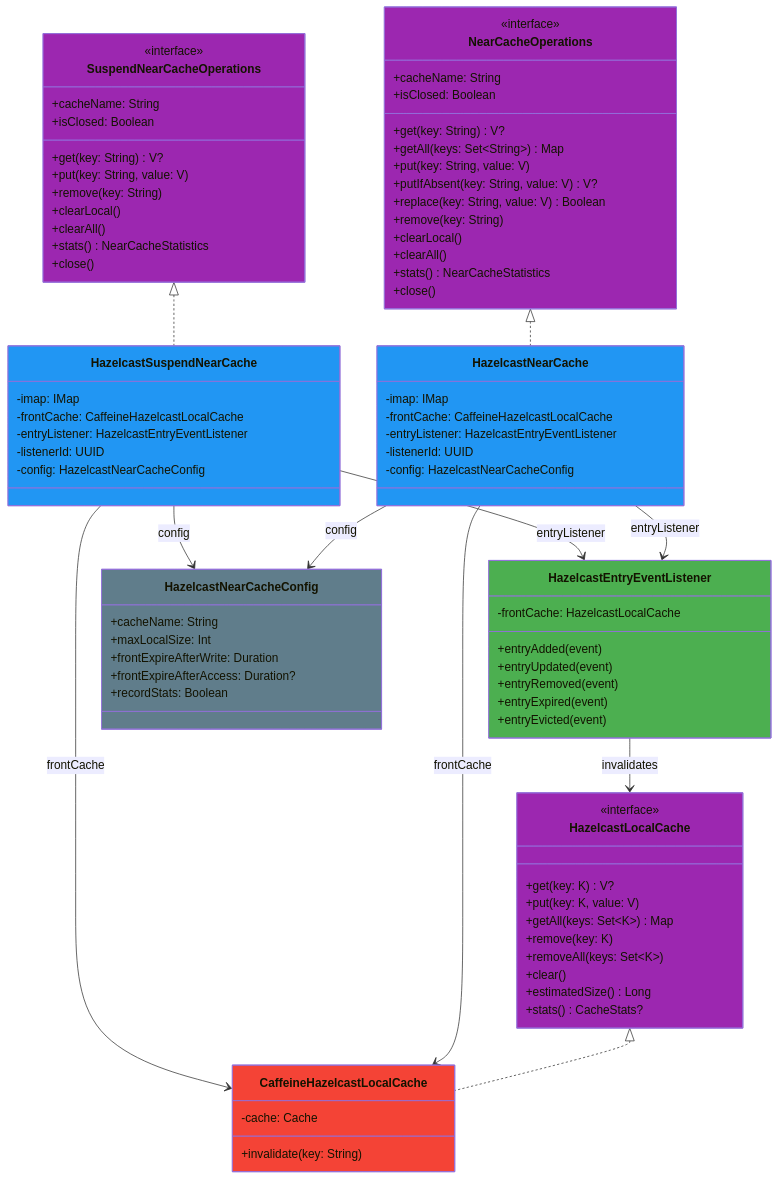
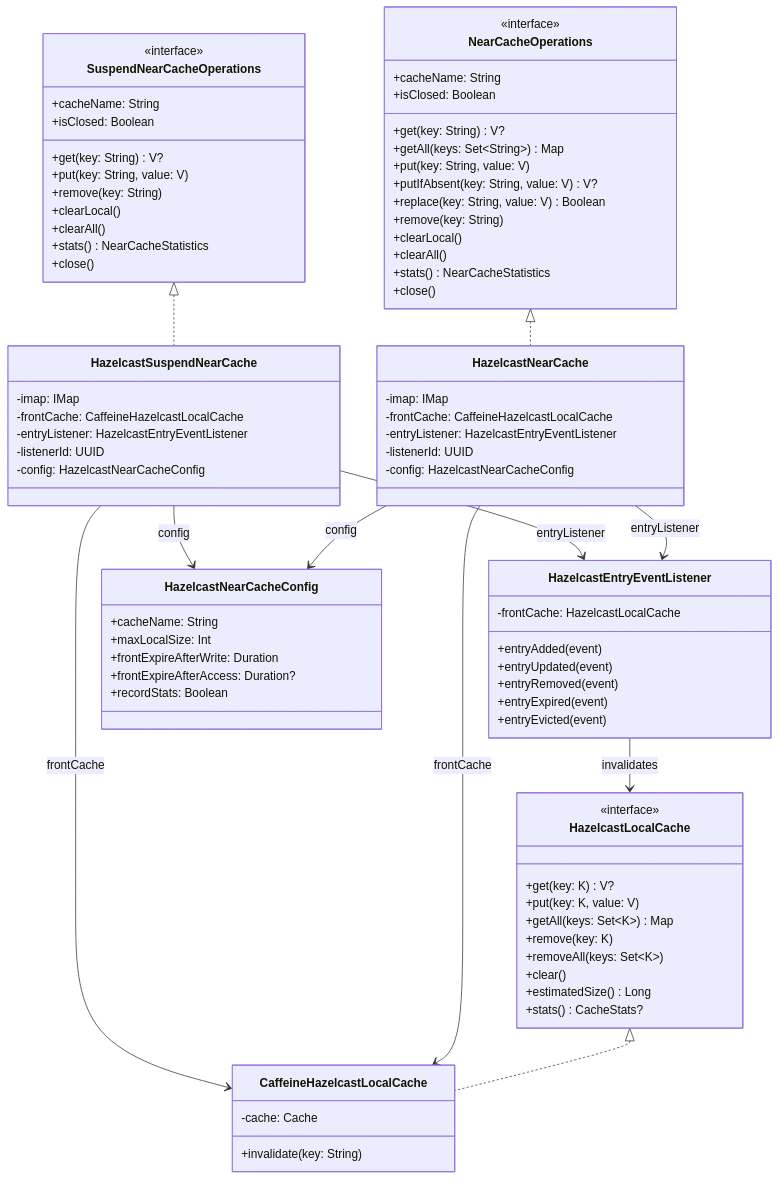
Before and after one commit to bluetape4k/bluetape4k-projects: the second of 3 diagrams in infra/cache-hazelcast/README.md, drawn with Mermaid. The commit also changed other lines of this file and 95 other files, not shown here.

First line of the commit message:
docs: Mermaid 파서 오류 전체 수정 (IntelliJ IDEA 호환)

````diff
--- a/infra/cache-hazelcast/README.md
+++ b/infra/cache-hazelcast/README.md
@@ -144,6 +144,6 @@
 ```mermaid
 classDiagram
-    class NearCacheOperations:::abstractStyle {
+    class NearCacheOperations {
         <<interface>>
         +cacheName: String
         +isClosed: Boolean
@@ -159,7 +159,7 @@
         +close()
     }
 
-    class SuspendNearCacheOperations:::abstractStyle {
+    class SuspendNearCacheOperations {
         <<interface>>
         +cacheName: String
         +isClosed: Boolean
@@ -172,7 +172,7 @@
         +close()
     }
 
-    class HazelcastNearCache:::clientStyle {
+    class HazelcastNearCache {
         -imap: IMap
         -frontCache: CaffeineHazelcastLocalCache
         -entryListener: HazelcastEntryEventListener
@@ -180,7 +180,7 @@
         -config: HazelcastNearCacheConfig
     }
 
-    class HazelcastSuspendNearCache:::clientStyle {
+    class HazelcastSuspendNearCache {
         -imap: IMap
         -frontCache: CaffeineHazelcastLocalCache
         -entryListener: HazelcastEntryEventListener
@@ -188,7 +188,7 @@
         -config: HazelcastNearCacheConfig
     }
 
-    class HazelcastLocalCache:::abstractStyle {
+    class HazelcastLocalCache {
         <<interface>>
         +get(key: K) V?
         +put(key: K, value: V)
@@ -200,12 +200,12 @@
         +stats() CacheStats?
     }
 
-    class CaffeineHazelcastLocalCache:::cacheStyle {
+    class CaffeineHazelcastLocalCache {
         -cache: Cache
         +invalidate(key: String)
     }
 
-    class HazelcastEntryEventListener:::serviceStyle {
+    class HazelcastEntryEventListener {
         -frontCache: HazelcastLocalCache
         +entryAdded(event)
         +entryUpdated(event)
@@ -214,7 +214,7 @@
         +entryEvicted(event)
     }
 
-    class HazelcastNearCacheConfig:::infraStyle {
+    class HazelcastNearCacheConfig {
         +cacheName: String
         +maxLocalSize: Int
         +frontExpireAfterWrite: Duration
@@ -233,10 +233,4 @@
     HazelcastSuspendNearCache --> HazelcastNearCacheConfig: config
     HazelcastEntryEventListener --> HazelcastLocalCache: invalidates
 
-    classDef cacheStyle   fill:#F44336
-    classDef redisStyle   fill:#FF9800
-    classDef infraStyle   fill:#607D8B
-    classDef clientStyle  fill:#2196F3
-    classDef abstractStyle fill:#9C27B0
-    classDef serviceStyle fill:#4CAF50
 ```
````
